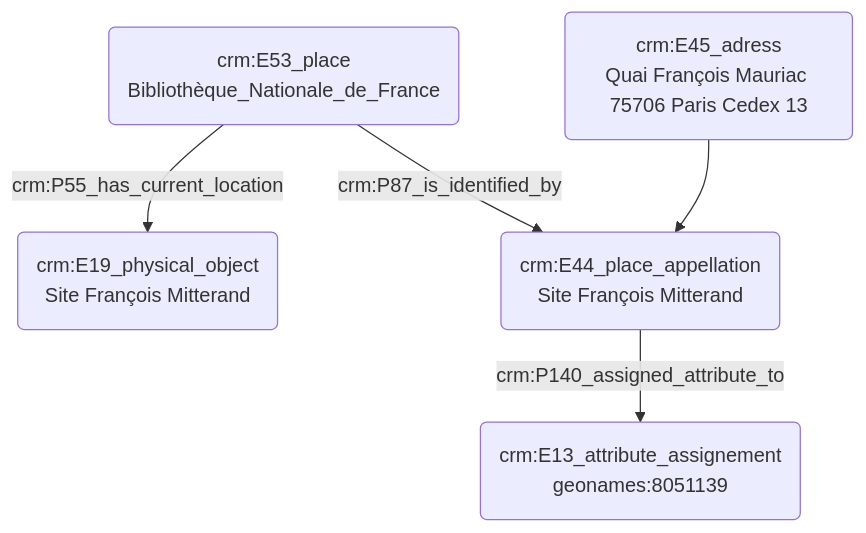
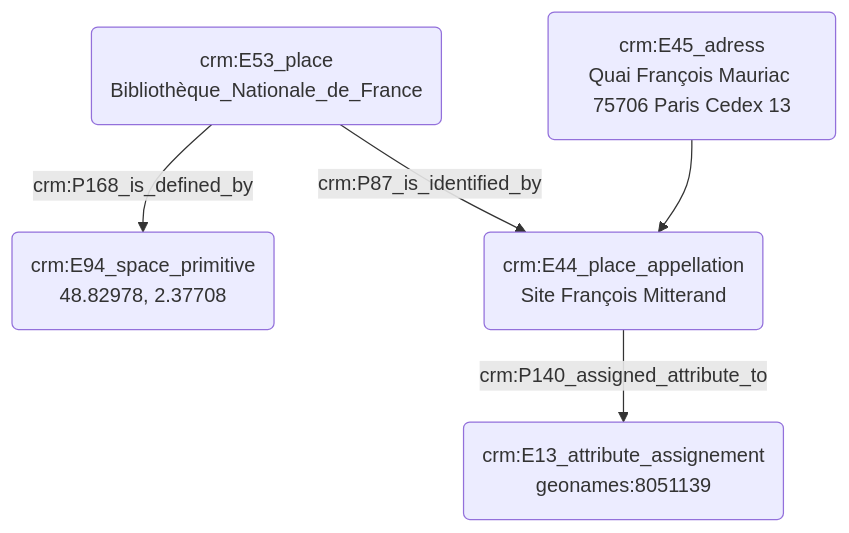
One commit to Amleth/consortium-musica2-gt2-ontologies changed the diagram in modules/livrables/Dossier 2/Indexation conceptuelle/indexation_d_un_lieu.md. Above: the diagram before and after it, drawn with Mermaid.

````diff
--- a/modules/livrables/Dossier 2/Indexation conceptuelle/indexation_d_un_lieu.md
+++ b/modules/livrables/Dossier 2/Indexation conceptuelle/indexation_d_un_lieu.md
@@ -13,9 +13,9 @@
 ```mermaid
 graph TD;
 
-A(crm:E53_place<br>Bibliothèque_Nationale_de_France) --> |crm:P55_has_current_location| B(crm:E19_physical_object<br>Site François Mitterand)
+A(crm:E53_place<br>Bibliothèque_Nationale_de_France) --> |crm:P168_is_defined_by| B(crm:E94_space_primitive<br>48.82978, 2.37708)
 A(crm:E53_place<br>Bibliothèque_Nationale_de_France) --> |crm:P87_is_identified_by| C(crm:E44_place_appellation<br>Site François Mitterand)
 D(crm:E45_adress<br>Quai François Mauriac 75706 Paris Cedex 13) --> C(crm:E44_place_appellation<br>Site François Mitterand)
 C(crm:E44_place_appellation<br>Site François Mitterand) --> |crm:P140_assigned_attribute_to| E(crm:E13_attribute_assignement<br>geonames:8051139)
 
 ```
````
